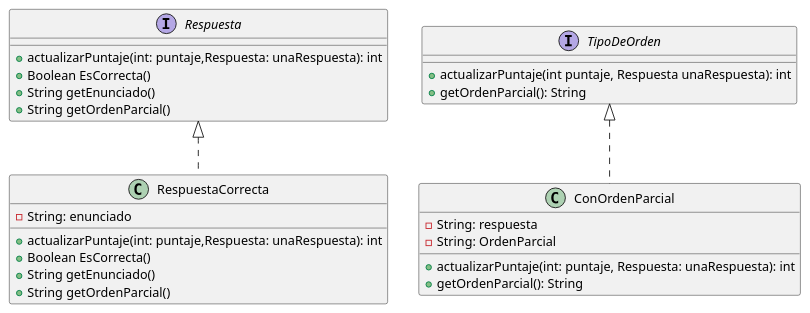
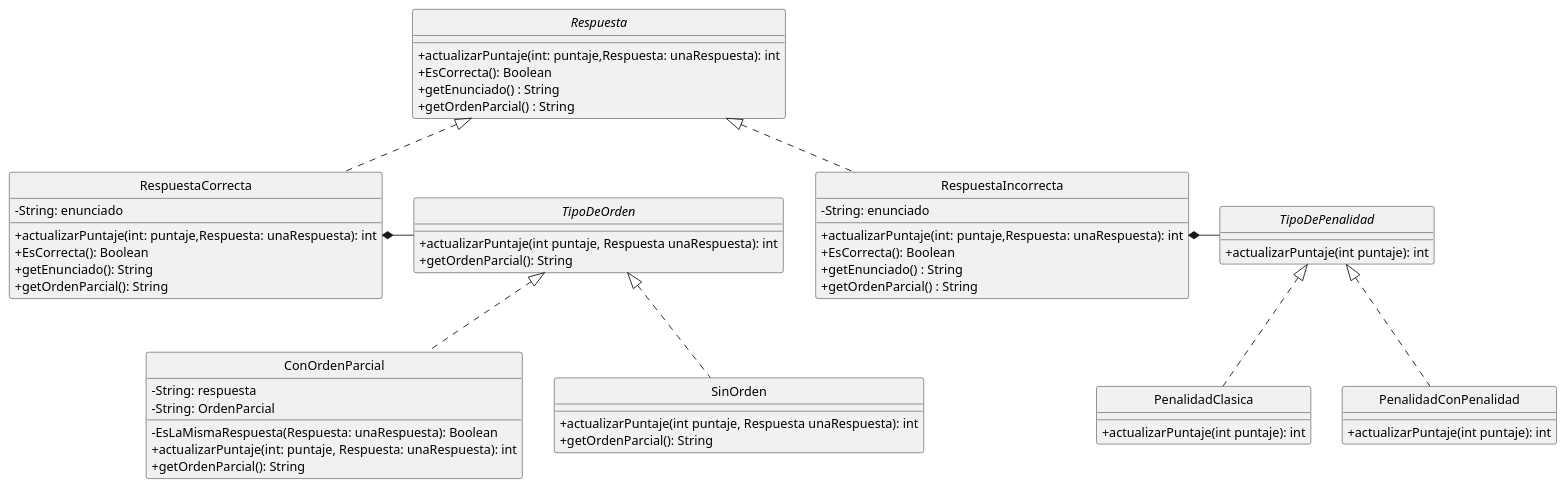
One commit to lorenzocabirta7/TP2-Algoritmos-y-Programacion-III changed the diagram in out/production/TP2-Algoritmos-y-Programacion-III/diagramas/Diagrama de Clases para las Respuestas.puml. Above: the diagram before and after it, drawn with PlantUML. The commit also changed 17 other files, not shown here.

```diff
--- a/out/production/TP2-Algoritmos-y-Programacion-III/diagramas/Diagrama de Clases para las Respuestas.puml
+++ b/out/production/TP2-Algoritmos-y-Programacion-III/diagramas/Diagrama de Clases para las Respuestas.puml
@@ -1,33 +1,67 @@
 @startuml
 'https://plantuml.com/class-diagram
 
+hide circle
+skinparam classAttributeIconSize 0
+skinparam monochrome true
+
 interface Respuesta {
  +actualizarPuntaje(int: puntaje,Respuesta: unaRespuesta): int
- +Boolean EsCorrecta()
- +String getEnunciado()
- +String getOrdenParcial()
+ + EsCorrecta(): Boolean
+ + getEnunciado() : String
+ + getOrdenParcial() : String
 }
 
 interface TipoDeOrden {
     +actualizarPuntaje(int puntaje, Respuesta unaRespuesta): int
     +getOrdenParcial(): String
 }
 
 class ConOrdenParcial implements TipoDeOrden{
     -String: respuesta
     -String: OrdenParcial
 
+    -EsLaMismaRespuesta(Respuesta: unaRespuesta): Boolean
     +actualizarPuntaje(int: puntaje, Respuesta: unaRespuesta): int
+    +getOrdenParcial(): String
+}
+
+class SinOrden implements TipoDeOrden {
+    +actualizarPuntaje(int puntaje, Respuesta unaRespuesta): int
     +getOrdenParcial(): String
 }
 
 class RespuestaCorrecta implements Respuesta {
  -String: enunciado
 
  +actualizarPuntaje(int: puntaje,Respuesta: unaRespuesta): int
- +Boolean EsCorrecta()
- +String getEnunciado()
- +String getOrdenParcial()
+ + EsCorrecta(): Boolean
+ + getEnunciado(): String
+ + getOrdenParcial(): String
+
 }
 
+interface TipoDePenalidad {
+    + actualizarPuntaje(int puntaje): int
+}
+
+class PenalidadClasica implements TipoDePenalidad {
++ actualizarPuntaje(int puntaje): int
+}
+
+class PenalidadConPenalidad implements TipoDePenalidad {
++ actualizarPuntaje(int puntaje): int
+}
+
+class RespuestaIncorrecta implements Respuesta {
+    -String: enunciado
+
+    +actualizarPuntaje(int: puntaje,Respuesta: unaRespuesta): int
+    + EsCorrecta(): Boolean
+    + getEnunciado() : String
+    + getOrdenParcial() : String
+}
+
+RespuestaCorrecta *- TipoDeOrden
+RespuestaIncorrecta *- TipoDePenalidad
 @enduml
```
